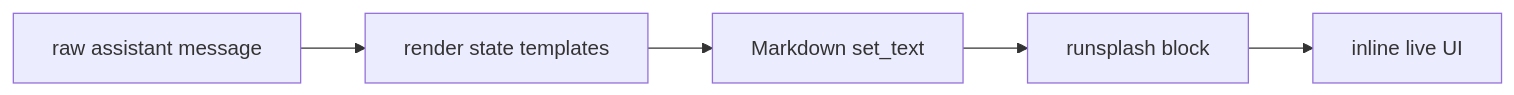
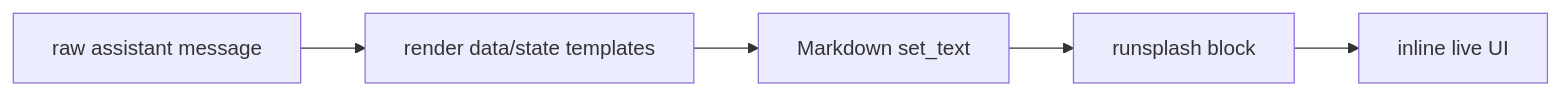
The second of 3 diagrams in examples/aichat/specs/agent2app-book/src/06-rendering-and-templates.md (ZhangHanDong/makepad), drawn with Mermaid before and after one commit. The commit also changed other lines of this file and 37 other files, not shown here.

````diff
--- a/examples/aichat/specs/agent2app-book/src/06-rendering-and-templates.md
+++ b/examples/aichat/specs/agent2app-book/src/06-rendering-and-templates.md
@@ -20,7 +42,7 @@
 ```mermaid
 flowchart LR
-    Raw[raw assistant message] --> Bind[render state templates]
+    Raw[raw assistant message] --> Bind[render data/state templates]
     Bind --> MD[Markdown set_text]
     MD --> RS[runsplash block]
     RS --> UI[inline live UI]
 ```
````
